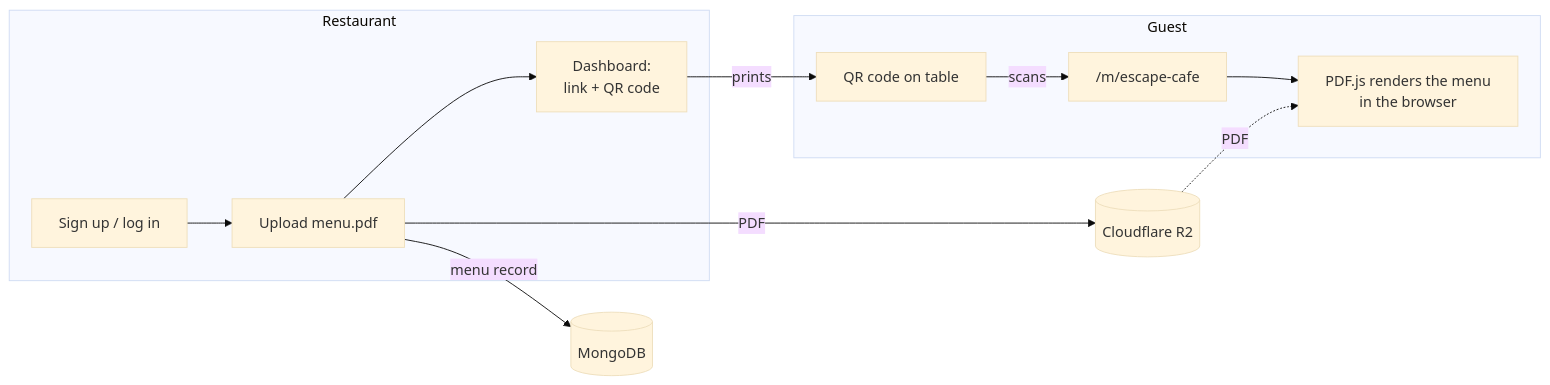
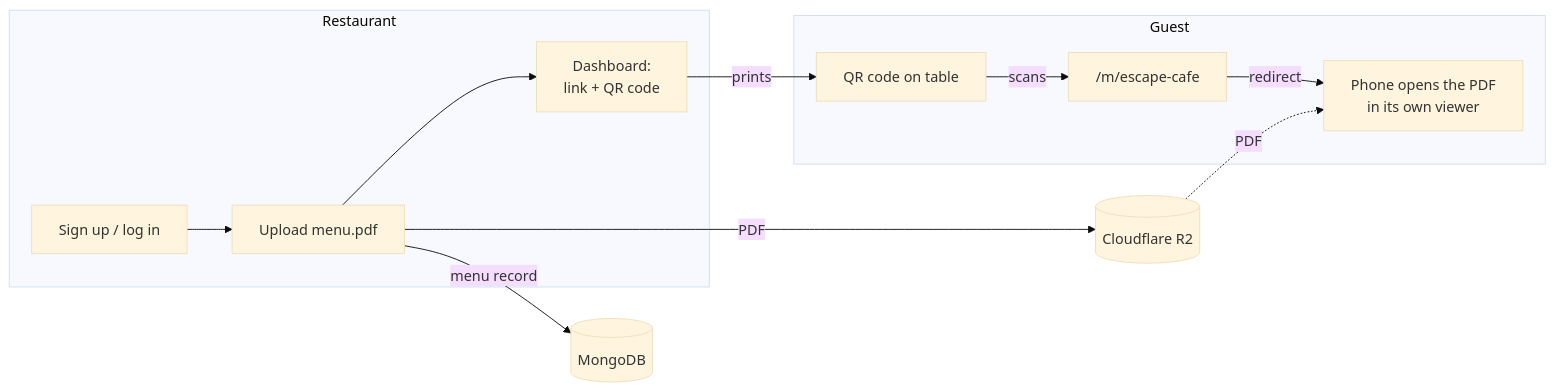
The first of 2 diagrams in README.md (suhanaayisha/cicd-lab), drawn with Mermaid (base theme) before and after one commit. The commit also changed other lines of this file and 5 other files, not shown here.

````diff
--- a/README.md
+++ b/README.md
@@ -54,15 +54,15 @@
 ```mermaid
 flowchart LR
     subgraph Restaurant
       A[Sign up / log in] --> B[Upload menu.pdf]
       B --> C[Dashboard:<br/>link + QR code]
     end
     B -- PDF --> R2[(Cloudflare R2)]
     B -- menu record --> DB[(MongoDB)]
     C -- prints --> QR[QR code on table]
     subgraph Guest
       QR -- scans --> P["/m/escape-cafe"]
-      P --> V[PDF.js renders the menu<br/>in the browser]
+      P -- redirect --> V[Phone opens the PDF<br/>in its own viewer]
     end
     R2 -. PDF .-> V
 ```
````
